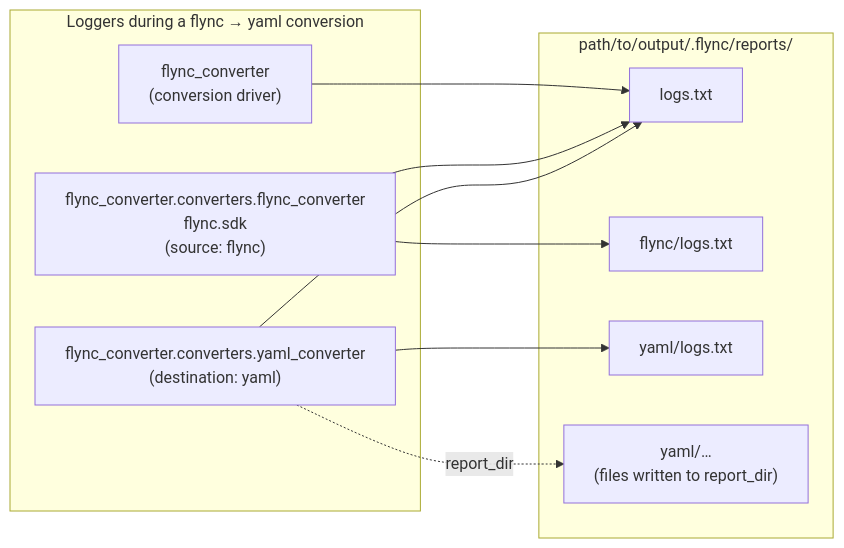
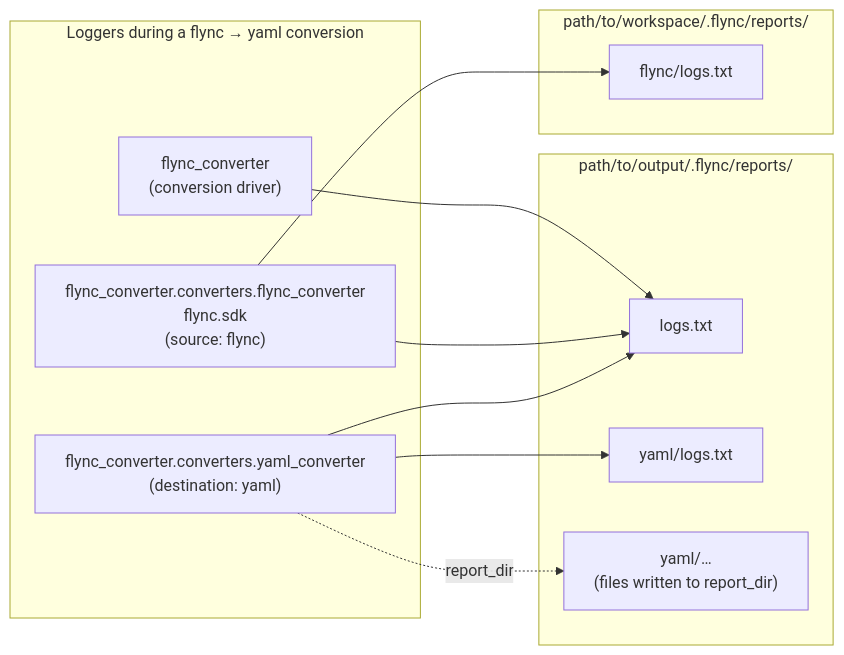
Before and after one commit to Technica-Engineering/FLYNC: the diagram in docs/source/flync_converter/usage.rst, drawn with Mermaid. The commit also changed other lines of this file and 19 other files, not shown here.

```diff
--- a/docs/source/flync_converter/usage.rst
+++ b/docs/source/flync_converter/usage.rst
@@ -135,20 +237,22 @@
 .. mermaid::
 
    flowchart LR
        subgraph loggers["Loggers during a flync → yaml conversion"]
            driver["flync_converter<br/>(conversion driver)"]
            source["flync_converter.converters.flync_converter<br/>flync.sdk<br/>(source: flync)"]
            destination["flync_converter.converters.yaml_converter<br/>(destination: yaml)"]
        end
+       subgraph source_reports["path/to/workspace/.flync/reports/"]
+           source_log["flync/logs.txt"]
+       end
        subgraph reports["path/to/output/.flync/reports/"]
            shared["logs.txt"]
-           source_log["flync/logs.txt"]
            destination_log["yaml/logs.txt"]
            destination_files["yaml/…<br/>(files written to report_dir)"]
        end
        driver --> shared
        source --> shared
        source --> source_log
        destination --> shared
        destination --> destination_log
        destination -. report_dir .-> destination_files
```
